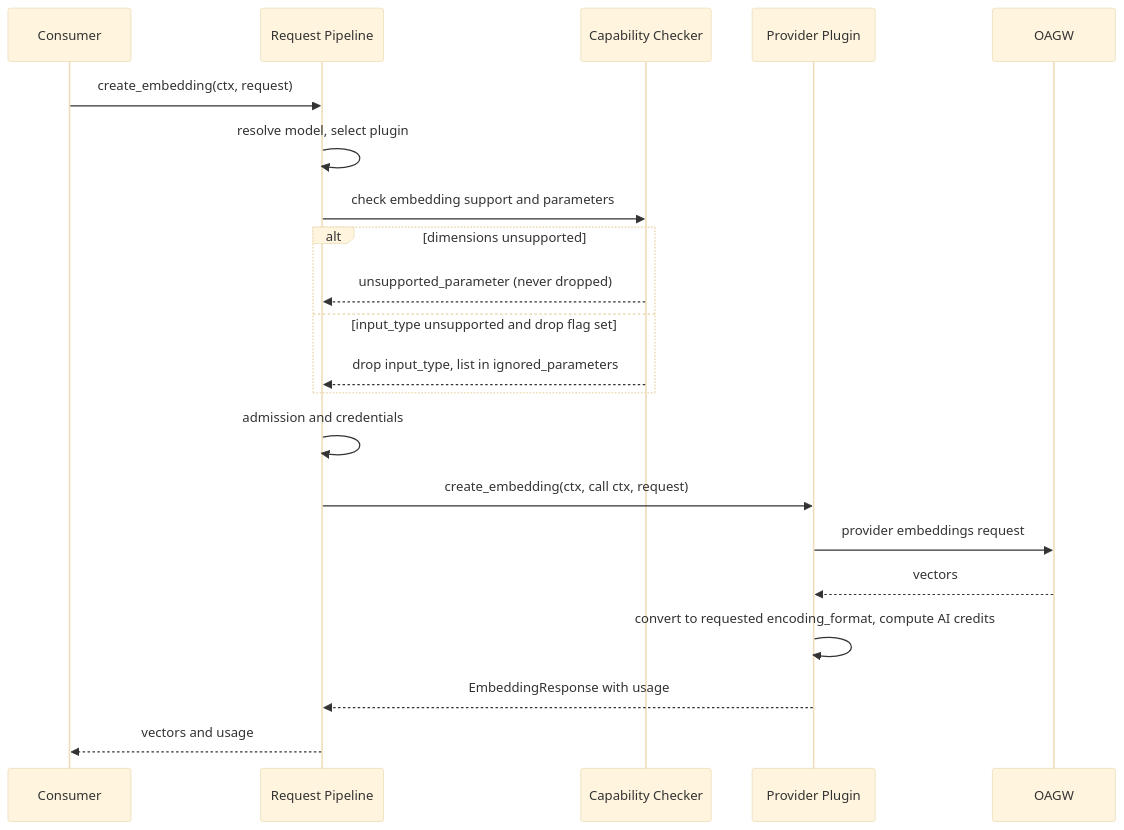
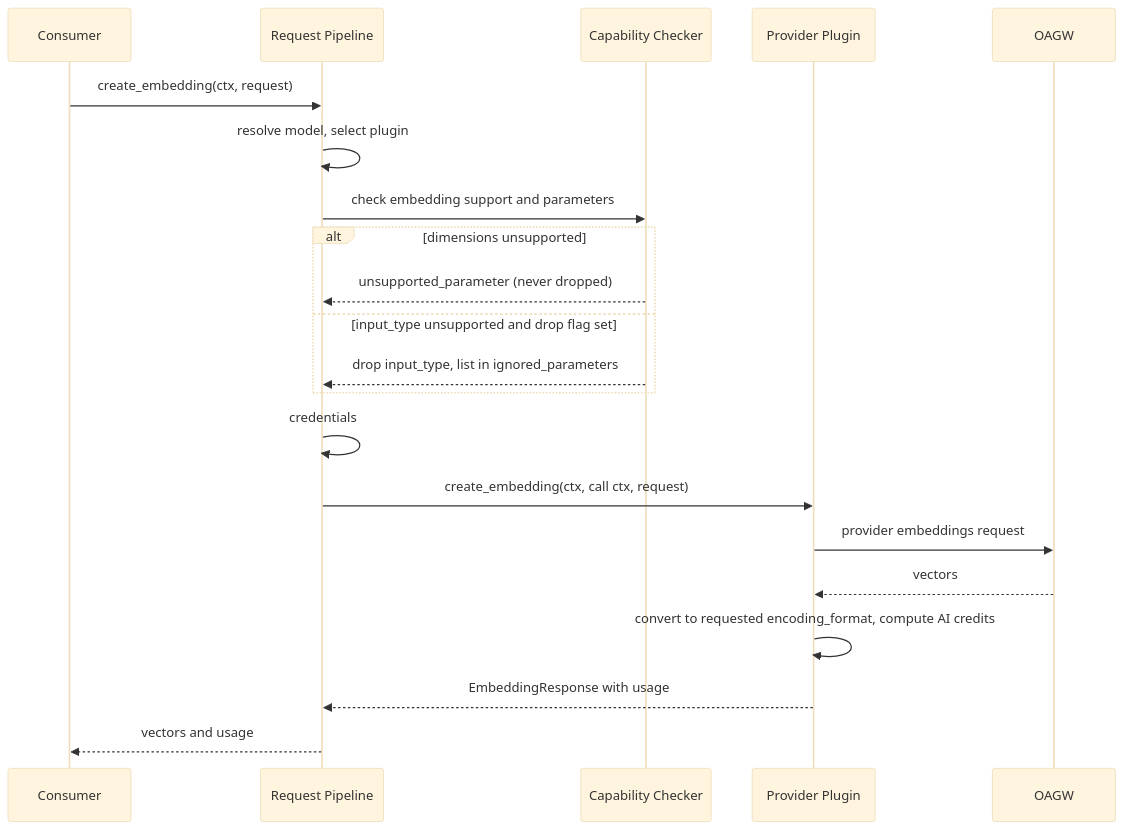
The sixth of 14 diagrams in gears/llm-gateway/docs/DESIGN.md (AndIConstructor/gears-rust), drawn with Mermaid (base theme) before and after one commit. The commit also changed other lines of this file and 1 other file, not shown here.

````diff
--- a/gears/llm-gateway/docs/DESIGN.md
+++ b/gears/llm-gateway/docs/DESIGN.md
@@ -881,23 +849,23 @@
 ```mermaid
 sequenceDiagram
     participant C as Consumer
     participant P as Request Pipeline
     participant CC as Capability Checker
     participant PL as Provider Plugin
     participant O as OAGW
     C->>P: create_embedding(ctx, request)
     P->>P: resolve model, select plugin
     P->>CC: check embedding support and parameters
     alt dimensions unsupported
         CC-->>P: unsupported_parameter (never dropped)
     else input_type unsupported and drop flag set
         CC-->>P: drop input_type, list in ignored_parameters
     end
-    P->>P: admission and credentials
+    P->>P: credentials
     P->>PL: create_embedding(ctx, call ctx, request)
     PL->>O: provider embeddings request
     O-->>PL: vectors
     PL->>PL: convert to requested encoding_format, compute AI credits
     PL-->>P: EmbeddingResponse with usage
     P-->>C: vectors and usage
 ```
````
